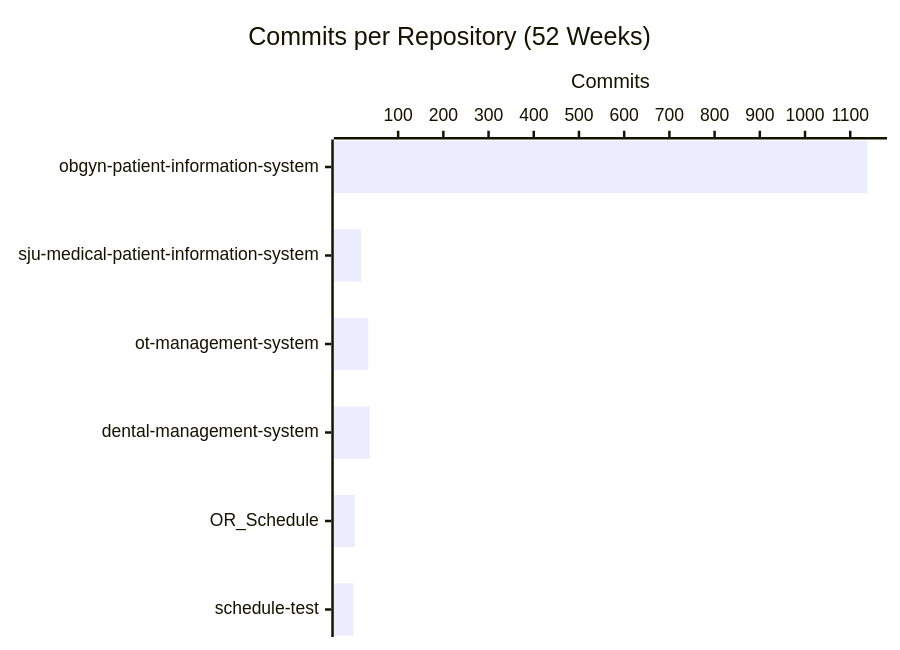
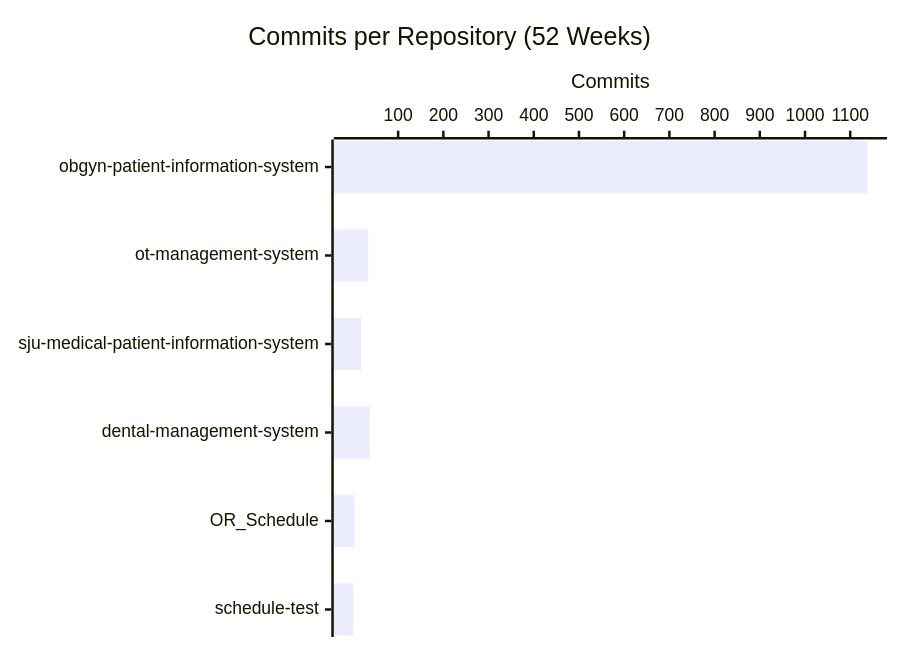
The second of 4 diagrams in profile/README.md (CSTH-Projects/.github), drawn with Mermaid before and after one commit. The commit also changed other lines of this file, not shown here.

````diff
--- a/profile/README.md
+++ b/profile/README.md
@@ -24,7 +24,7 @@
 ```mermaid
 xychart-beta horizontal
     title "Commits per Repository (52 Weeks)"
-    x-axis ["obgyn-patient-information-system", "sju-medical-patient-information-system", "ot-management-system", "dental-management-system", "OR_Schedule", "schedule-test"]
+    x-axis ["obgyn-patient-information-system", "ot-management-system", "sju-medical-patient-information-system", "dental-management-system", "OR_Schedule", "schedule-test"]
     y-axis "Commits"
-    bar [1138, 18, 34, 37, 4, 1]
+    bar [1138, 34, 18, 37, 4, 1]
 ```
````
